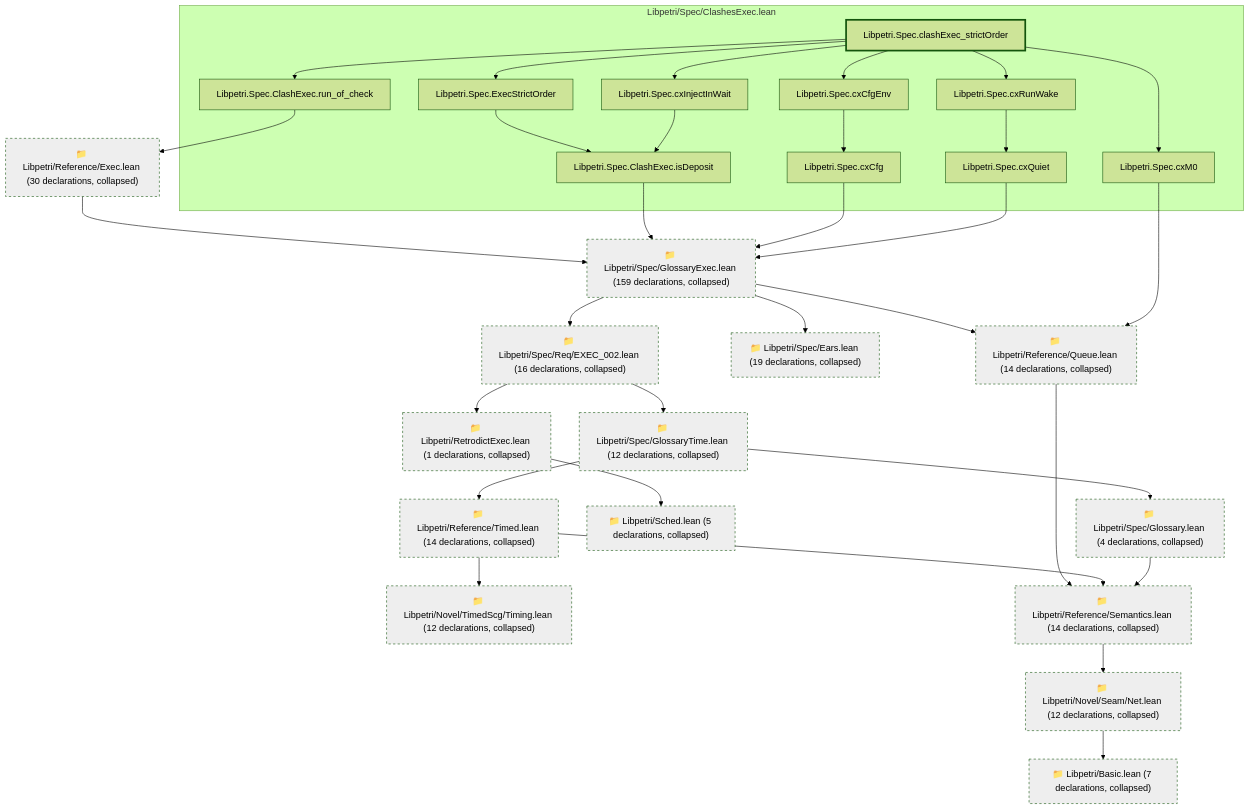
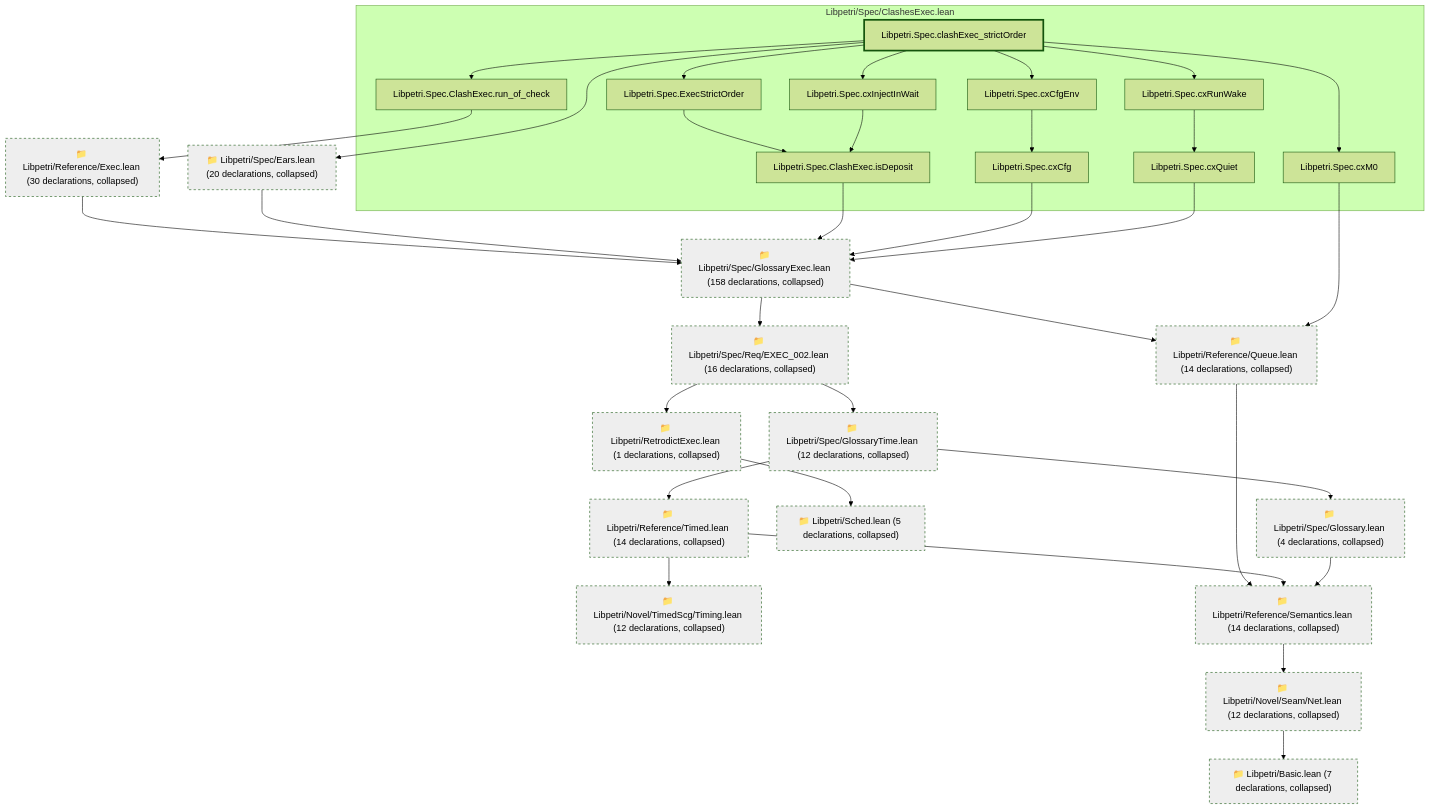
One commit to debe/libpetri changed the second of 3 diagrams in lean/graph/requirements/EXEC-001.md. Above: the diagram before and after it, drawn with Mermaid (forest theme). The commit also changed other lines of this file and 334 other files, not shown here.

````diff
--- a/lean/graph/requirements/EXEC-001.md
+++ b/lean/graph/requirements/EXEC-001.md
@@ -91,64 +92,65 @@
 ```mermaid
 flowchart TD
   subgraph g0["Libpetri/Spec/ClashesExec.lean"]
-    n5952["Libpetri.Spec.ClashExec.isDeposit"]
-    n5953["Libpetri.Spec.ClashExec.run_of_check"]
-    n7489["Libpetri.Spec.ExecStrictOrder"]
-    n12507["Libpetri.Spec.clashExec_strictOrder"]
-    n14230["Libpetri.Spec.cxCfg"]
-    n14233["Libpetri.Spec.cxCfgEnv"]
-    n14237["Libpetri.Spec.cxInjectInWait"]
-    n14239["Libpetri.Spec.cxM0"]
-    n14240["Libpetri.Spec.cxQuiet"]
-    n14249["Libpetri.Spec.cxRunWake"]
+    n5953["Libpetri.Spec.ClashExec.isDeposit"]
+    n5954["Libpetri.Spec.ClashExec.run_of_check"]
+    n7490["Libpetri.Spec.ExecStrictOrder"]
+    n12508["Libpetri.Spec.clashExec_strictOrder"]
+    n14231["Libpetri.Spec.cxCfg"]
+    n14234["Libpetri.Spec.cxCfgEnv"]
+    n14238["Libpetri.Spec.cxInjectInWait"]
+    n14240["Libpetri.Spec.cxM0"]
+    n14241["Libpetri.Spec.cxQuiet"]
+    n14250["Libpetri.Spec.cxRunWake"]
   end
   c0["📁 Libpetri/Basic.lean (7 declarations, collapsed)"]
   c54["📁 Libpetri/Novel/Seam/Net.lean (12 declarations, collapsed)"]
   c66["📁 Libpetri/Novel/TimedScg/Timing.lean (12 declarations, collapsed)"]
   c80["📁 Libpetri/Reference/Exec.lean (30 declarations, collapsed)"]
   c91["📁 Libpetri/Reference/Queue.lean (14 declarations, collapsed)"]
   c94["📁 Libpetri/Reference/Semantics.lean (14 declarations, collapsed)"]
   c98["📁 Libpetri/Reference/Timed.lean (14 declarations, collapsed)"]
   c103["📁 Libpetri/RetrodictExec.lean (1 declarations, collapsed)"]
   c109["📁 Libpetri/Sched.lean (5 declarations, collapsed)"]
-  c131["📁 Libpetri/Spec/Ears.lean (19 declarations, collapsed)"]
+  c131["📁 Libpetri/Spec/Ears.lean (20 declarations, collapsed)"]
   c132["📁 Libpetri/Spec/Glossary.lean (4 declarations, collapsed)"]
-  c139["📁 Libpetri/Spec/GlossaryExec.lean (159 declarations, collapsed)"]
+  c139["📁 Libpetri/Spec/GlossaryExec.lean (158 declarations, collapsed)"]
   c146["📁 Libpetri/Spec/GlossaryTime.lean (12 declarations, collapsed)"]
   c232["📁 Libpetri/Spec/Req/EXEC_002.lean (16 declarations, collapsed)"]
   c54 --> c0
   c80 --> c139
   c91 --> c94
   c94 --> c54
   c98 --> c66
   c98 --> c94
   c103 --> c109
+  c131 --> c139
   c132 --> c94
   c139 --> c91
-  c139 --> c131
   c139 --> c232
   c146 --> c98
   c146 --> c132
   c232 --> c103
   c232 --> c146
-  n5952 --> c139
-  n5953 --> c80
-  n7489 --> n5952
-  n12507 --> n5953
-  n12507 --> n7489
-  n12507 --> n14233
-  n12507 --> n14237
-  n12507 --> n14239
-  n12507 --> n14249
-  n14230 --> c139
-  n14233 --> n14230
-  n14237 --> n5952
-  n14239 --> c91
-  n14240 --> c139
-  n14249 --> n14240
+  n5953 --> c139
+  n5954 --> c80
+  n7490 --> n5953
+  n12508 --> c131
+  n12508 --> n5954
+  n12508 --> n7490
+  n12508 --> n14234
+  n12508 --> n14238
+  n12508 --> n14240
+  n12508 --> n14250
+  n14231 --> c139
+  n14234 --> n14231
+  n14238 --> n5953
+  n14240 --> c91
+  n14241 --> c139
+  n14250 --> n14241
   classDef root stroke-width:3px
   classDef locked fill:#fff3cd,stroke:#b8860b
   classDef collapsed fill:#eeeeee,stroke-dasharray:4 4
-  class n12507 root
+  class n12508 root
   class c0,c54,c66,c80,c91,c94,c98,c103,c109,c131,c132,c139,c146,c232 collapsed
 ```
````
